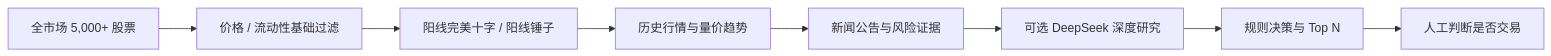
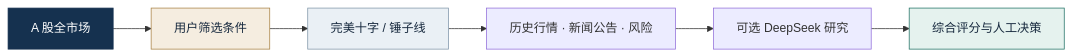
One commit to YishiQiu/personal-quant-trading-agent changed the diagram in README.md. Above: the diagram before and after it, drawn with Mermaid. The commit also changed other lines of this file and 21 other files, not shown here.

````diff
--- a/README.md
+++ b/README.md
@@ -25,10 +49,13 @@
 ```mermaid
 flowchart LR
-    A["全市场 5,000+ 股票"] --> B["价格 / 流动性基础过滤"]
-    B --> C["阳线完美十字 / 阳线锤子"]
-    C --> D["历史行情与量价趋势"]
-    D --> E["新闻公告与风险证据"]
-    E --> F["可选 DeepSeek 深度研究"]
-    F --> G["规则决策与 Top N"]
-    G --> H["人工判断是否交易"]
+    U["A 股全市场"] --> F["用户筛选条件"]
+    F --> P["完美十字 / 锤子线"]
+    P --> R["历史行情 · 新闻公告 · 风险"]
+    R --> L["可选 DeepSeek 研究"]
+    L --> D["综合评分与人工决策"]
+
+    style U fill:#15314f,color:#fff,stroke:#15314f
+    style F fill:#f5ede0,color:#17293e,stroke:#aa8448
+    style P fill:#eaf0f5,color:#17293e,stroke:#8297aa
+    style D fill:#e5f2ee,color:#17293e,stroke:#247467
 ```
````
